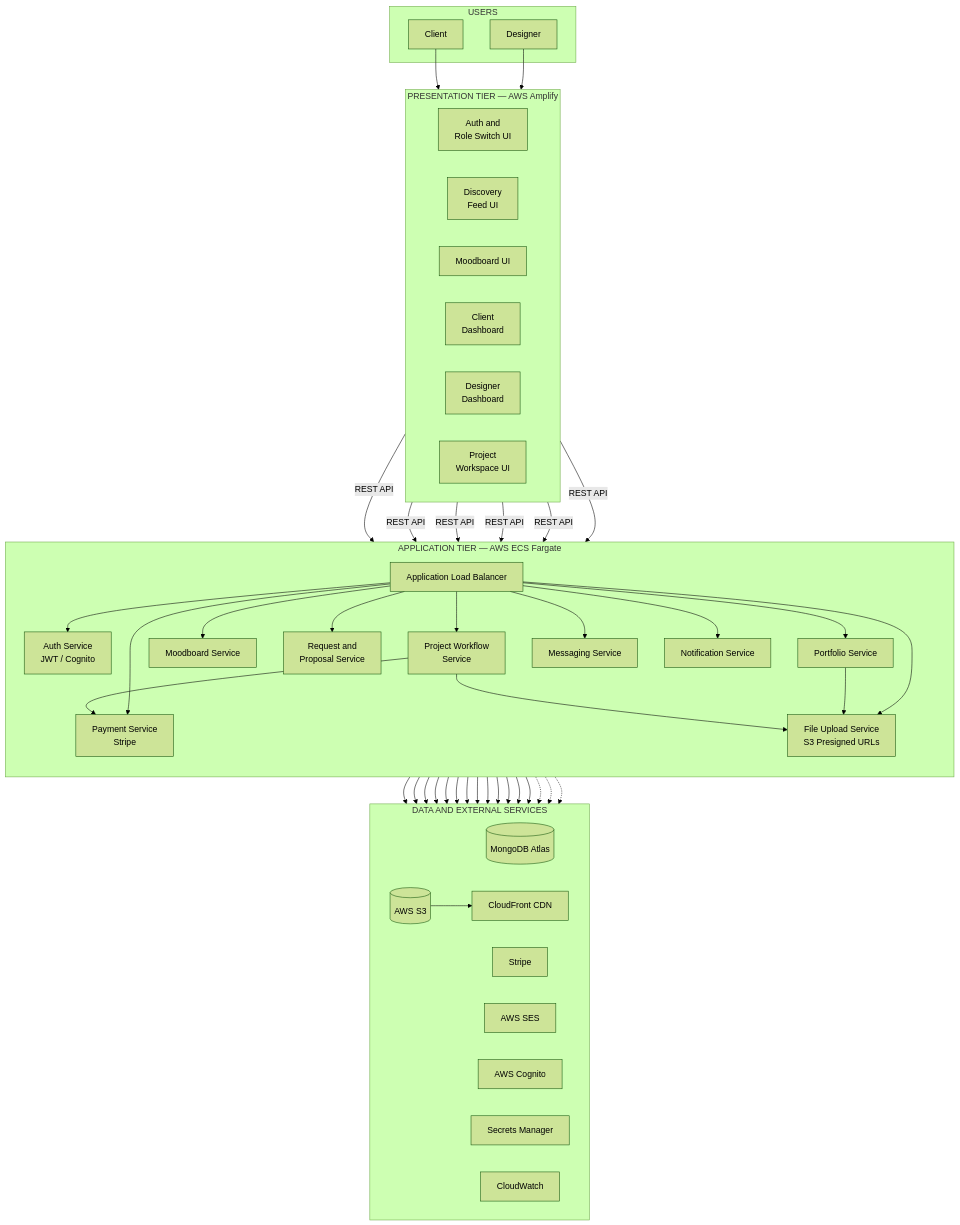
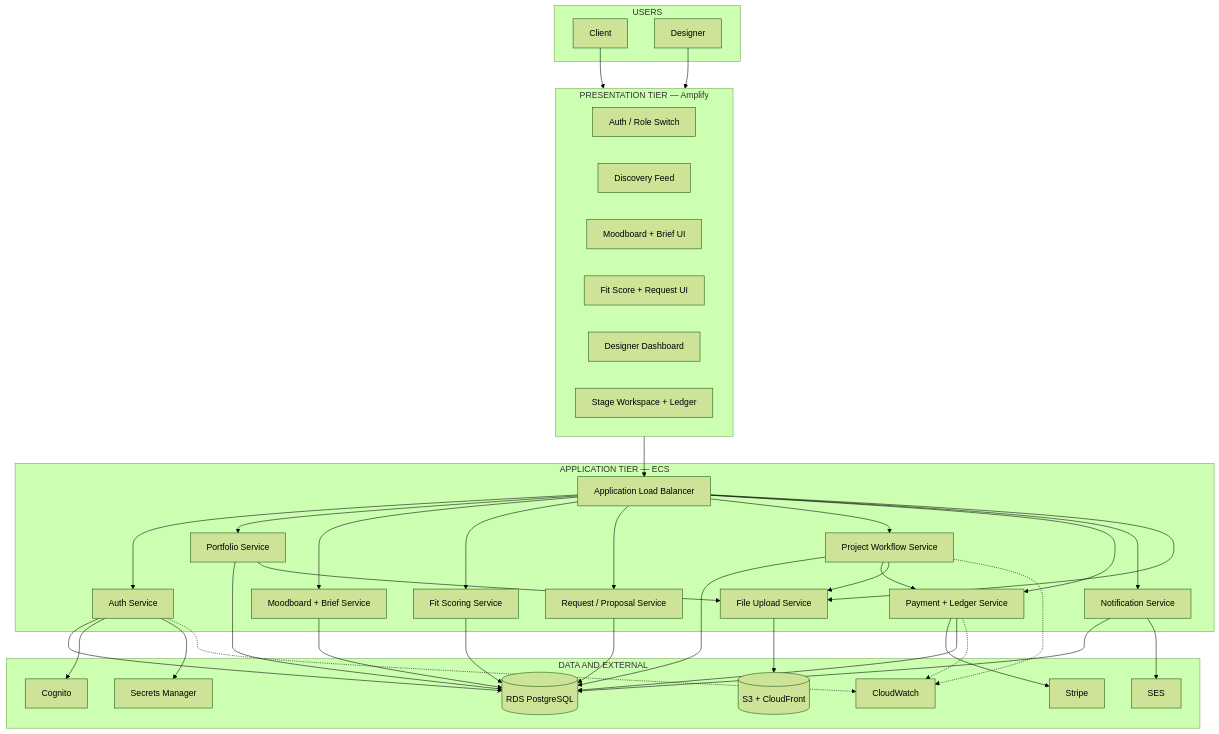
Before and after one commit to MNSBaanu/Inside: the second of 4 diagrams in docs/Proposal/diagrams/architecture-diagrams.md, drawn with Mermaid (forest theme). The commit also changed other lines of this file and 17 other files, not shown here.

````diff
--- a/docs/Proposal/diagrams/architecture-diagrams.md
+++ b/docs/Proposal/diagrams/architecture-diagrams.md
@@ -97,62 +63,50 @@
 ```mermaid
 flowchart TB
     subgraph users ["USERS"]
         Client["Client"]
         Designer["Designer"]
     end
-
-    subgraph presentation ["PRESENTATION TIER — AWS Amplify"]
-        direction LR
-        P1["Auth and\nRole Switch UI"]
-        P2["Discovery\nFeed UI"]
-        P3["Moodboard UI"]
-        P4["Client\nDashboard"]
-        P5["Designer\nDashboard"]
-        P6["Project\nWorkspace UI"]
+    subgraph presentation ["PRESENTATION TIER — Amplify"]
+        P1["Auth / Role Switch"]
+        P2["Discovery Feed"]
+        P3["Moodboard + Brief UI"]
+        P4["Fit Score + Request UI"]
+        P5["Designer Dashboard"]
+        P6["Stage Workspace + Ledger"]
     end
-
-    subgraph application ["APPLICATION TIER — AWS ECS Fargate"]
-        direction TB
+    subgraph application ["APPLICATION TIER — ECS"]
         ALB["Application Load Balancer"]
-        S1["Auth Service\nJWT / Cognito"]
+        S1["Auth Service"]
         S2["Portfolio Service"]
-        S3["Moodboard Service"]
-        S4["Request and\nProposal Service"]
-        S5["Project Workflow\nService"]
-        S6["Messaging Service"]
-        S7["Payment Service\nStripe"]
+        S3["Moodboard + Brief Service"]
+        S4["Fit Scoring Service"]
+        S5["Request / Proposal Service"]
+        S6["Project Workflow Service"]
+        S7["Payment + Ledger Service"]
         S8["Notification Service"]
-        S9["File Upload Service\nS3 Presigned URLs"]
-
+        S9["File Upload Service"]
         ALB --> S1 & S2 & S3 & S4 & S5 & S6 & S7 & S8 & S9
     end
-
-    subgraph data ["DATA AND EXTERNAL SERVICES"]
-        direction LR
-        D1[("MongoDB Atlas")]
-        D2[("AWS S3")]
-        D3["CloudFront CDN"]
-        D4["Stripe"]
-        D5["AWS SES"]
-        D6["AWS Cognito"]
-        D7["Secrets Manager"]
-        D8["CloudWatch"]
+    subgraph data ["DATA AND EXTERNAL"]
+        D1[("RDS PostgreSQL")]
+        D2[("S3 + CloudFront")]
+        D3["Stripe"]
+        D4["Cognito"]
+        D5["SES"]
+        D6["Secrets Manager"]
+        D7["CloudWatch"]
     end
-
     Client --> presentation
     Designer --> presentation
-    P1 & P2 & P3 & P4 & P5 & P6 -->|"REST API"| ALB
-
-    S1 --> D1 & D6 & D7
+    presentation --> ALB
+    S1 --> D1 & D4 & D6
     S2 --> D1 & S9
     S3 --> D1
     S4 --> D1
-    S5 --> D1 & S7 & S9
-    S6 --> D1
-    S7 --> D4 & D1
+    S5 --> D1
+    S6 --> D1 & S7 & S9
+    S7 --> D3 & D1
     S8 --> D1 & D5
     S9 --> D2
-    D2 --> D3
-
-    S1 & S5 & S7 -.-> D8
+    S1 & S6 & S7 -.-> D7
 ```
````
